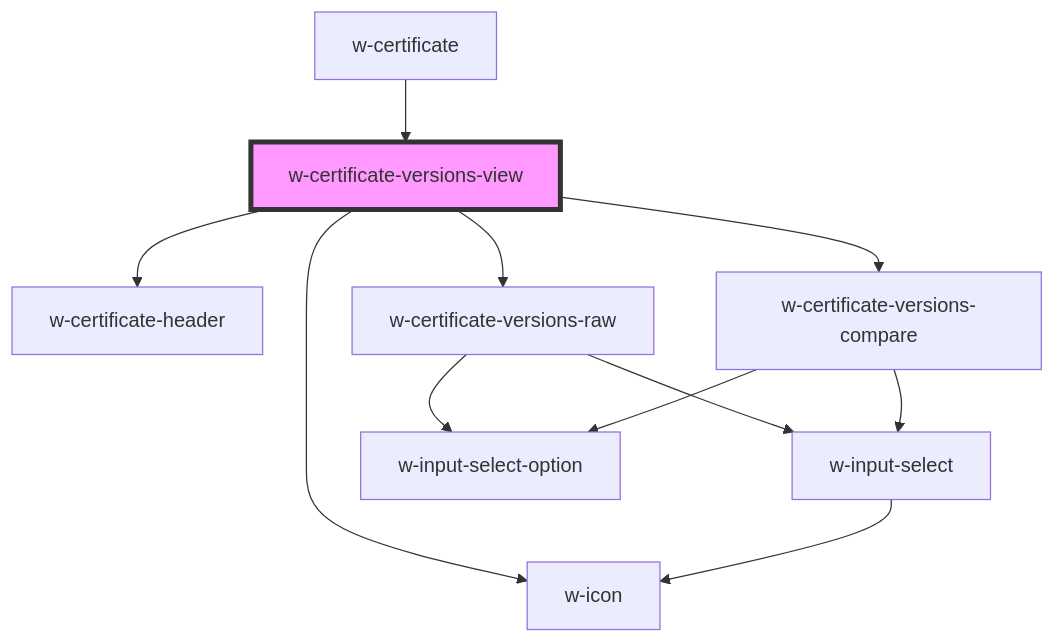
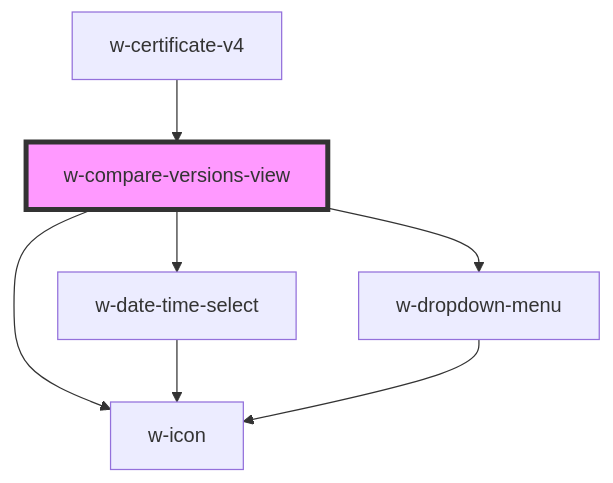
The diagram in src/components/w-certificate-v4/views/w-compare-versions-view/readme.md (wordproof/ui), drawn with Mermaid before and after one commit. The commit also changed other lines of this file and 11 other files, not shown here.

````diff
--- a/src/components/w-certificate-v4/views/w-compare-versions-view/readme.md
+++ b/src/components/w-certificate-v4/views/w-compare-versions-view/readme.md
@@ -33,14 +30,10 @@
 ```mermaid
 graph TD;
-  w-certificate-versions-view --> w-certificate-header
-  w-certificate-versions-view --> w-certificate-versions-raw
-  w-certificate-versions-view --> w-certificate-versions-compare
-  w-certificate-versions-view --> w-icon
-  w-certificate-versions-raw --> w-input-select
-  w-certificate-versions-raw --> w-input-select-option
-  w-input-select --> w-icon
-  w-certificate-versions-compare --> w-input-select
-  w-certificate-versions-compare --> w-input-select-option
-  w-certificate --> w-certificate-versions-view
-  style w-certificate-versions-view fill:#f9f,stroke:#333,stroke-width:4px
+  w-compare-versions-view --> w-date-time-select
+  w-compare-versions-view --> w-icon
+  w-compare-versions-view --> w-dropdown-menu
+  w-date-time-select --> w-icon
+  w-dropdown-menu --> w-icon
+  w-certificate-v4 --> w-compare-versions-view
+  style w-compare-versions-view fill:#f9f,stroke:#333,stroke-width:4px
 ```
````
